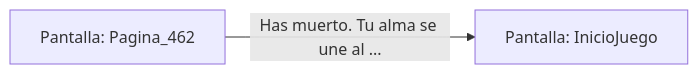
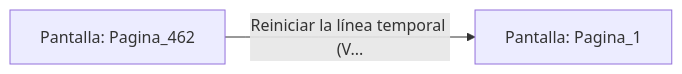
The diagram in sample/eligejuego-vault/Pantalla_Pagina_462.md (metsuke/mpl), drawn with Mermaid before and after one commit. The commit also changed other lines of this file and 635 other files, not shown here.

First line of the commit message:
fix: añadir Pagina_1 como pantalla inicial en capitulo_01.mpl

````diff
--- a/sample/eligejuego-vault/Pantalla_Pagina_462.md
+++ b/sample/eligejuego-vault/Pantalla_Pagina_462.md
@@ -17,5 +17,5 @@
 ```mermaid
 graph LR
     P_Pagina_462["Pantalla: Pagina_462"]
-    P_Pagina_462 -->|"Has muerto. Tu alma se une al ..."| P_InicioJuego["Pantalla: InicioJuego"]
+    P_Pagina_462 -->|"Reiniciar la línea temporal (V..."| P_Pagina_1["Pantalla: Pagina_1"]
 ```
````
